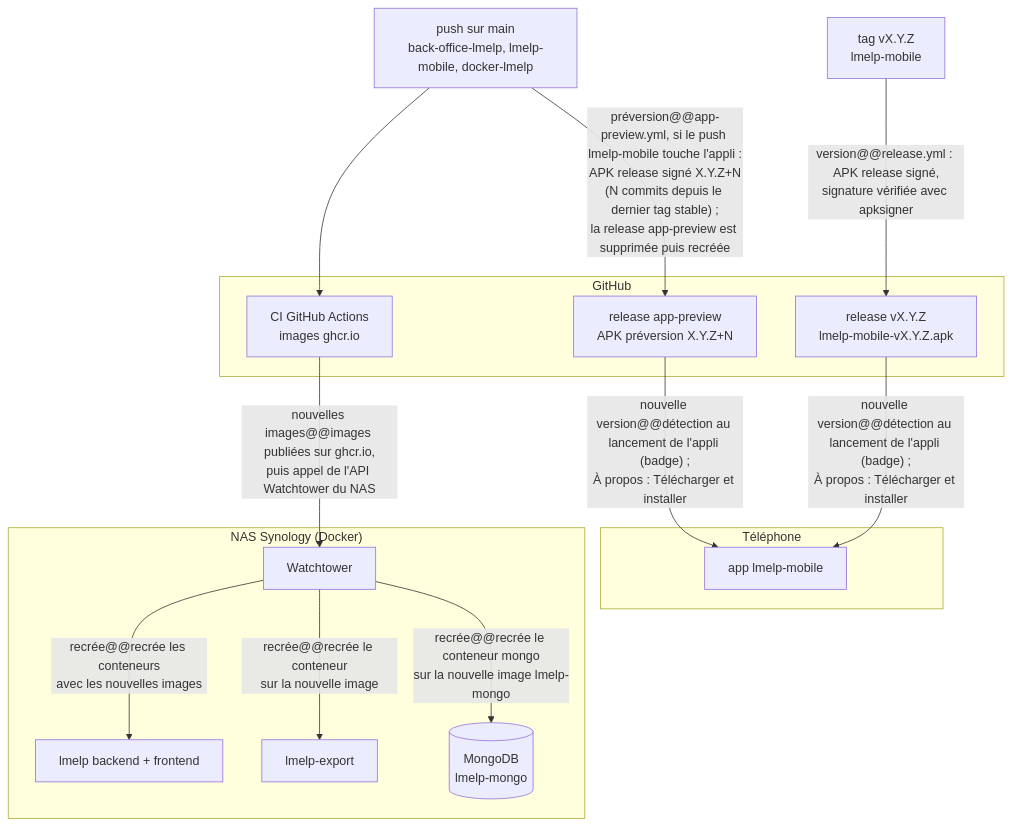
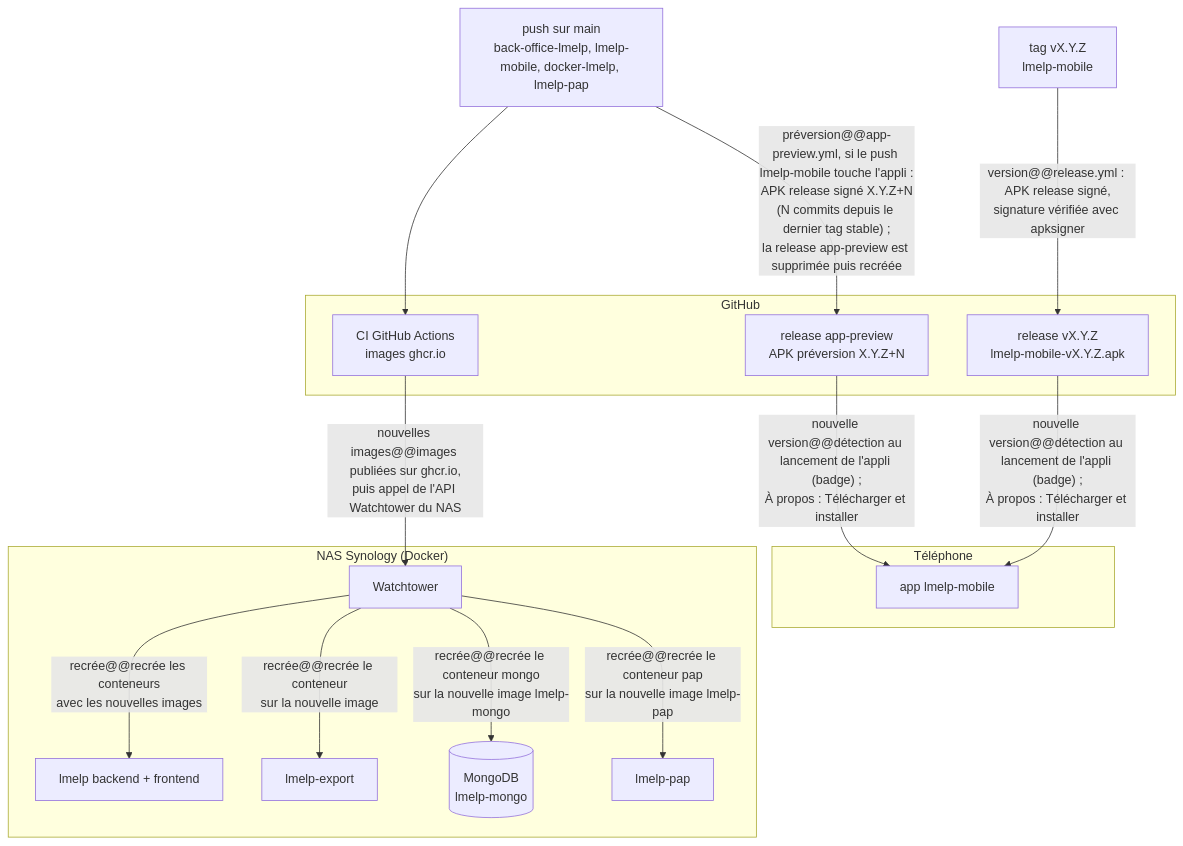
One commit to castorfou/lmelp-mobile changed the second of 2 diagrams in docs/ecosysteme.md. Above: the diagram before and after it, drawn with Mermaid. The commit also changed other lines of this file and 2 other files, not shown here.

First line of the commit message:
Doc écosystème : service pap (lmelp-pap) et ses sources #185 (#187)

````diff
--- a/docs/ecosysteme.md
+++ b/docs/ecosysteme.md
@@ -69,32 +81,34 @@
 ```mermaid
 flowchart TB
-    PUSH["push sur main<br/>back-office-lmelp, lmelp-mobile, docker-lmelp"]
+    PUSH["push sur main<br/>back-office-lmelp, lmelp-mobile, docker-lmelp, lmelp-pap"]
     TAG["tag vX.Y.Z<br/>lmelp-mobile"]
 
     subgraph GH["GitHub"]
         CI["CI GitHub Actions<br/>images ghcr.io"]
         PREV["release app-preview<br/>APK préversion X.Y.Z+N"]
         APK["release vX.Y.Z<br/>lmelp-mobile-vX.Y.Z.apk"]
     end
 
     subgraph NAS["NAS Synology (Docker)"]
         WT["Watchtower"]
         BACK["lmelp backend + frontend"]
         EXPORT["lmelp-export"]
         MONGO[("MongoDB<br/>lmelp-mongo")]
+        PAP["lmelp-pap"]
     end
 
     subgraph PHONE["Téléphone"]
         MOB["app lmelp-mobile"]
     end
 
     PUSH --> CI
     PUSH -->|"préversion@@app-preview.yml, si le push lmelp-mobile touche l'appli :<br/>APK release signé X.Y.Z+N<br/>(N commits depuis le dernier tag stable) ;<br/>la release app-preview est supprimée puis recréée"| PREV
     TAG -->|"version@@release.yml : APK release signé,<br/>signature vérifiée avec apksigner"| APK
     CI -->|"nouvelles images@@images publiées sur ghcr.io,<br/>puis appel de l'API Watchtower du NAS"| WT
     WT -->|"recrée@@recrée les conteneurs<br/>avec les nouvelles images"| BACK
     WT -->|"recrée@@recrée le conteneur<br/>sur la nouvelle image"| EXPORT
     WT -->|"recrée@@recrée le conteneur mongo<br/>sur la nouvelle image lmelp-mongo"| MONGO
+    WT -->|"recrée@@recrée le conteneur pap<br/>sur la nouvelle image lmelp-pap"| PAP
     PREV -->|"nouvelle version@@détection au lancement de l'appli (badge) ;<br/>À propos : Télécharger et installer"| MOB
     APK -->|"nouvelle version@@détection au lancement de l'appli (badge) ;<br/>À propos : Télécharger et installer"| MOB
 ```
````
